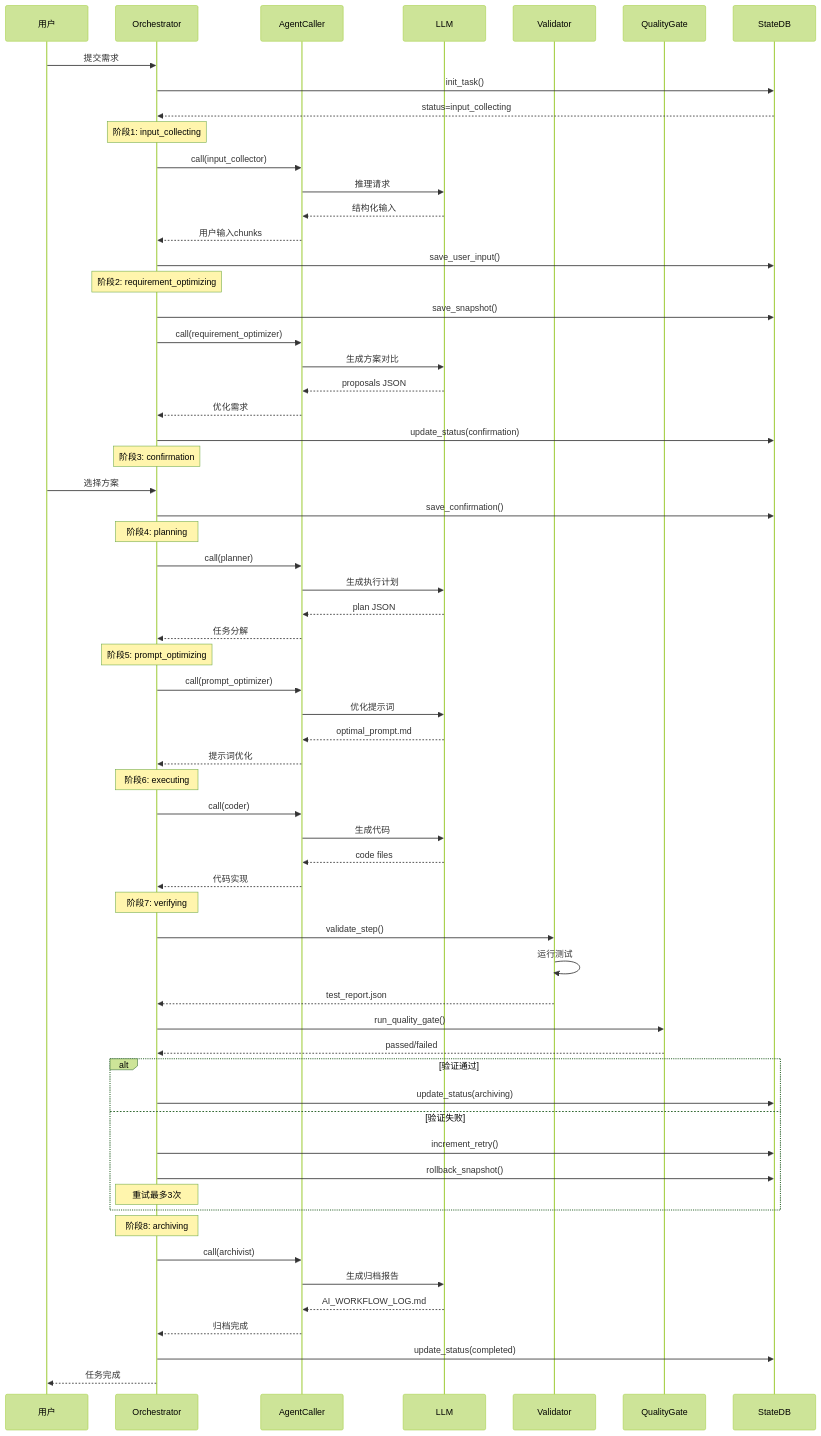
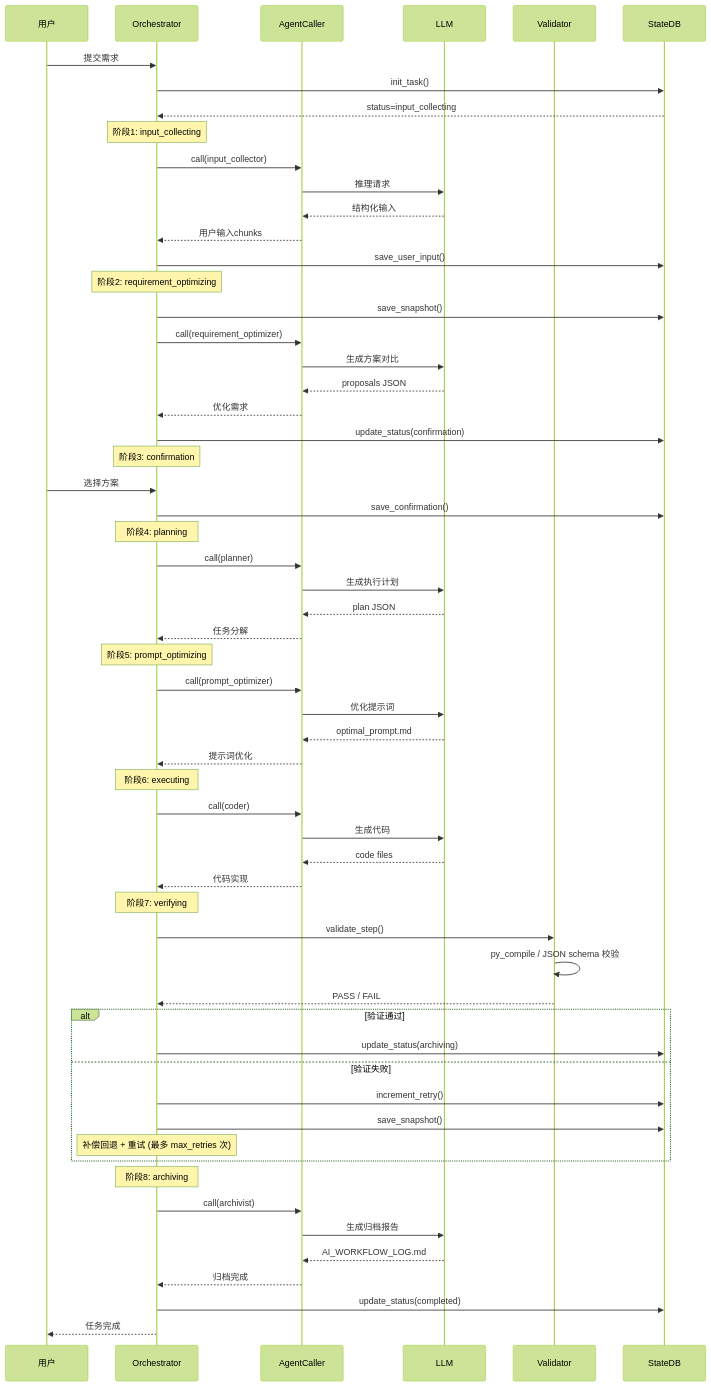
The second of 6 diagrams in docs/架构图.md (yfkzdk/aii-workflow), drawn with Mermaid (forest theme) before and after one commit. The commit also changed other lines of this file and 6 other files, not shown here.

````diff
--- a/docs/架构图.md
+++ b/docs/架构图.md
@@ -32,74 +30,71 @@
 ```mermaid
 sequenceDiagram
     participant U as 用户
     participant O as Orchestrator
     participant A as AgentCaller
     participant L as LLM
     participant V as Validator
-    participant Q as QualityGate
     participant D as StateDB
 
     U->>O: 提交需求
     O->>D: init_task()
     D-->>O: status=input_collecting
 
     Note over O: 阶段1: input_collecting
     O->>A: call(input_collector)
     A->>L: 推理请求
     L-->>A: 结构化输入
     A-->>O: 用户输入chunks
     O->>D: save_user_input()
 
     Note over O: 阶段2: requirement_optimizing
     O->>D: save_snapshot()
     O->>A: call(requirement_optimizer)
     A->>L: 生成方案对比
     L-->>A: proposals JSON
     A-->>O: 优化需求
     O->>D: update_status(confirmation)
 
     Note over O: 阶段3: confirmation
     U->>O: 选择方案
     O->>D: save_confirmation()
 
     Note over O: 阶段4: planning
     O->>A: call(planner)
     A->>L: 生成执行计划
     L-->>A: plan JSON
     A-->>O: 任务分解
 
     Note over O: 阶段5: prompt_optimizing
     O->>A: call(prompt_optimizer)
     A->>L: 优化提示词
     L-->>A: optimal_prompt.md
     A-->>O: 提示词优化
 
     Note over O: 阶段6: executing
     O->>A: call(coder)
     A->>L: 生成代码
     L-->>A: code files
     A-->>O: 代码实现
 
     Note over O: 阶段7: verifying
     O->>V: validate_step()
-    V->>V: 运行测试
-    V-->>O: test_report.json
-    O->>Q: run_quality_gate()
-    Q-->>O: passed/failed
+    V->>V: py_compile / JSON schema 校验
+    V-->>O: PASS / FAIL
 
     alt 验证通过
         O->>D: update_status(archiving)
     else 验证失败
         O->>D: increment_retry()
-        O->>D: rollback_snapshot()
-        Note over O: 重试最多3次
+        O->>D: save_snapshot()
+        Note over O: 补偿回退 + 重试 (最多 max_retries 次)
     end
 
     Note over O: 阶段8: archiving
     O->>A: call(archivist)
     A->>L: 生成归档报告
     L-->>A: AI_WORKFLOW_LOG.md
     A-->>O: 归档完成
     O->>D: update_status(completed)
     O-->>U: 任务完成
 ```
````
